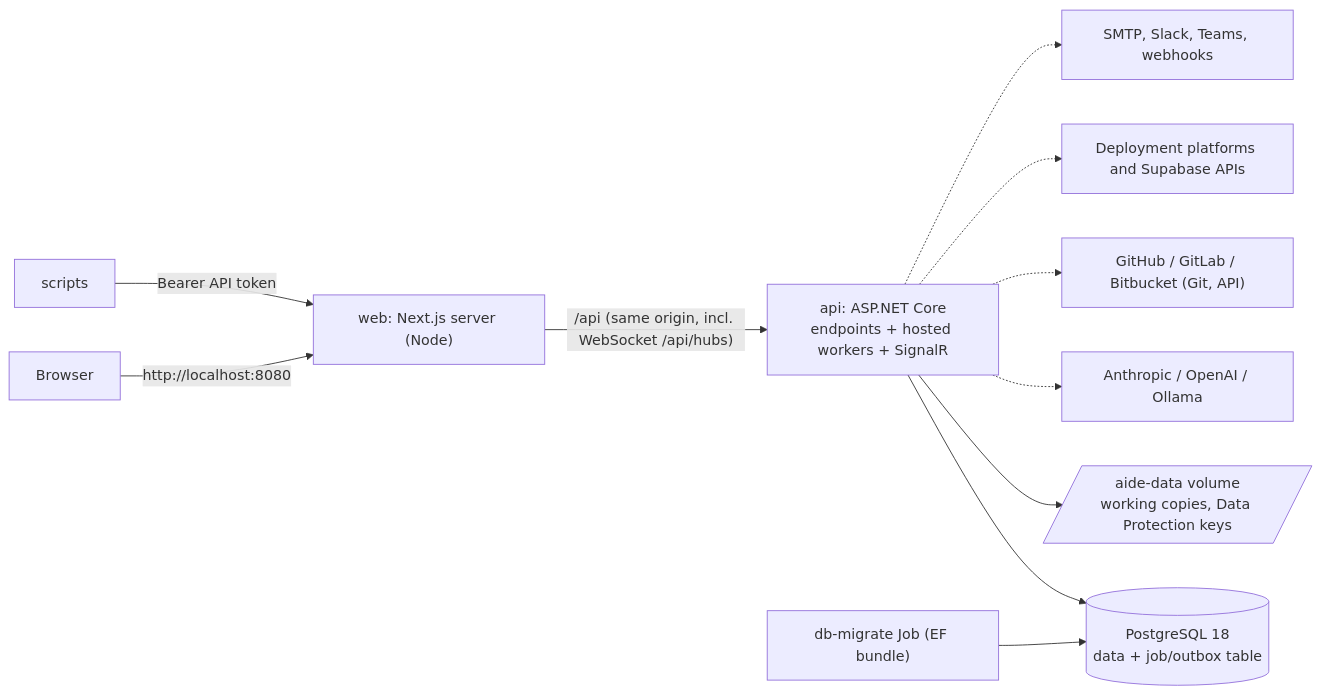
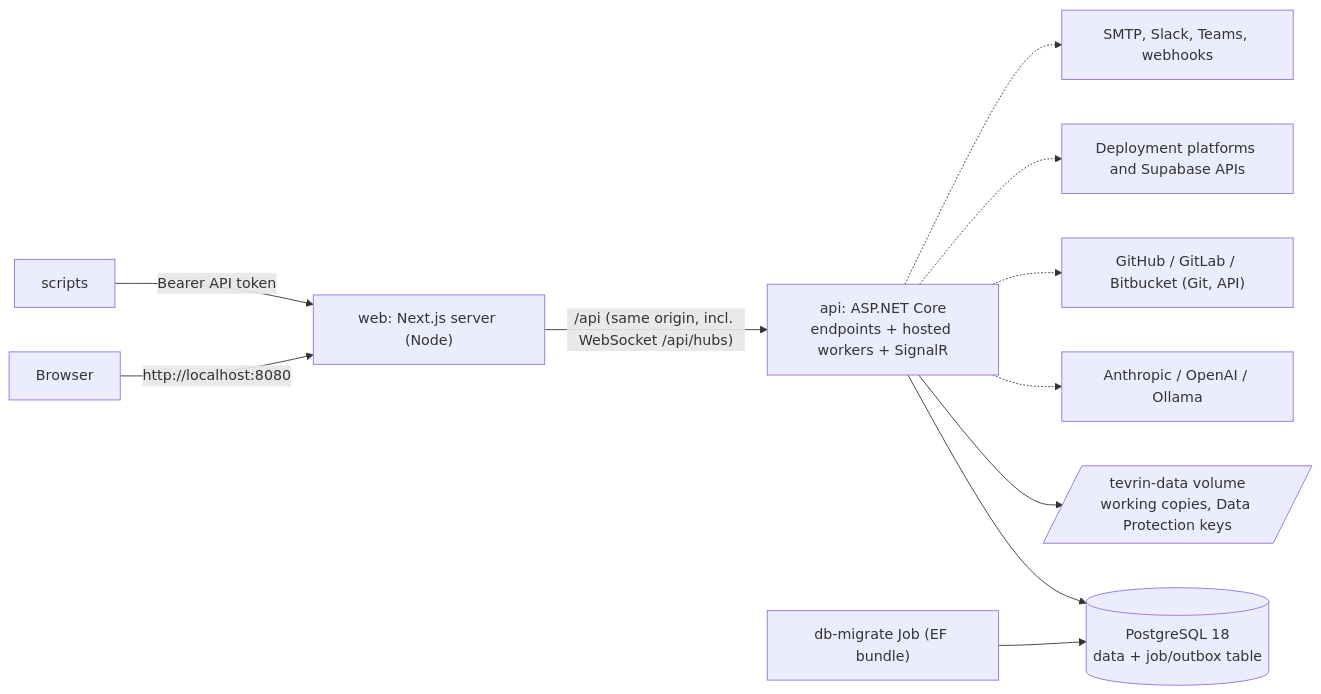
Before and after one commit to BenFielder1/AI-Driven-Engineering-Platform: the diagram in docs/reference/architecture.md, drawn with Mermaid. The commit also changed other lines of this file and 64 other files, not shown here.

First line of the commit message:
phase 65g: no leftover aide names: scan with an allowlist, docs and comments to Tevrin (FR-329)

````diff
--- a/docs/reference/architecture.md
+++ b/docs/reference/architecture.md
@@ -13,13 +13,13 @@
 ```mermaid
 flowchart LR
   Browser -->|"http://localhost:8080"| Web["web: Next.js server (Node)"]
   Web -->|"/api (same origin, incl. WebSocket /api/hubs)"| Api["api: ASP.NET Core<br/>endpoints + hosted workers + SignalR"]
   Script["scripts"] -->|"Bearer API token"| Web
   Api --> Db[("PostgreSQL 18<br/>data + job/outbox table")]
-  Api --> Vol[/"aide-data volume<br/>working copies, Data Protection keys"/]
+  Api --> Vol[/"tevrin-data volume<br/>working copies, Data Protection keys"/]
   Api -.-> LLM["Anthropic / OpenAI / Ollama"]
   Api -.-> GH["GitHub / GitLab / Bitbucket (Git, API)"]
   Api -.-> Pl["Deployment platforms and Supabase APIs"]
   Api -.-> Out["SMTP, Slack, Teams, webhooks"]
   Mig["db-migrate Job (EF bundle)"] --> Db
 ```
````
